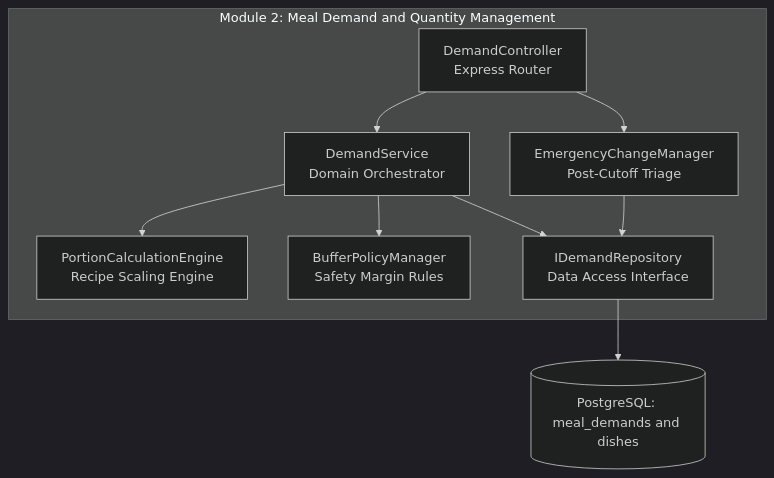
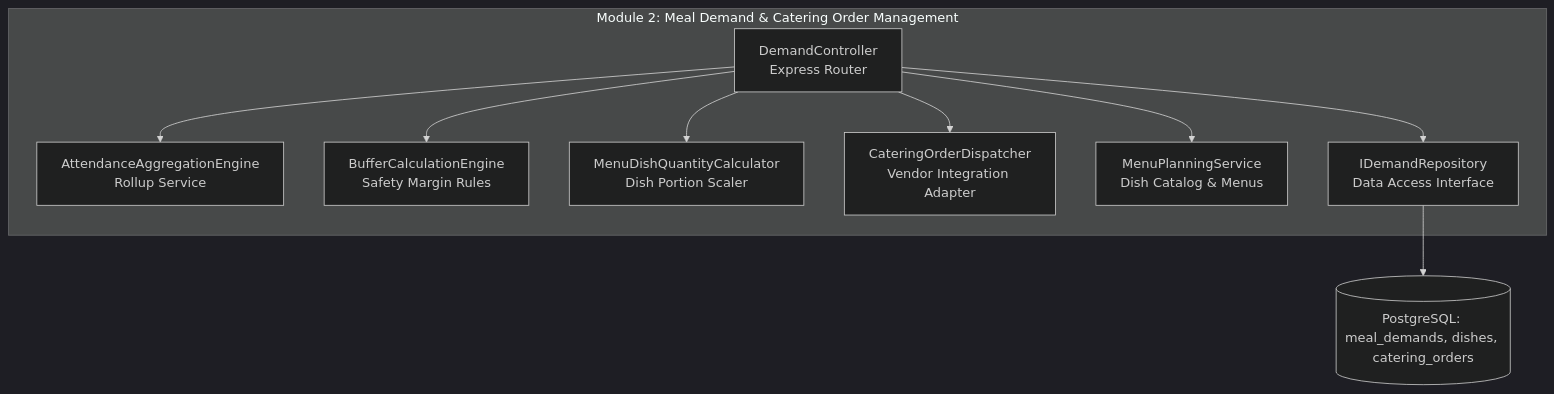
Before and after one commit to Bernie-TruongTQ/PRIMARY_SCHOOL_SEMI-BOARDING_MEAL_MANAGEMENT_SYSTEM: the third of 4 diagrams in arc42/05-building-block-view.md, drawn with Mermaid (dark theme). The commit also changed other lines of this file and 12 other files, not shown here.

Commit message:
docs: add arc42 architecture documentation files

````diff
--- a/arc42/05-building-block-view.md
+++ b/arc42/05-building-block-view.md
@@ -109,19 +113,20 @@
 ```mermaid
 graph TD
-    subgraph Module2 ["Module 2: Meal Demand and Quantity Management"]
+    subgraph Module2 ["Module 2: Meal Demand & Catering Order Management"]
         Ctrl2["DemandController<br/>Express Router"]
-        Svc2["DemandService<br/>Domain Orchestrator"]
-        Engine2["PortionCalculationEngine<br/>Recipe Scaling Engine"]
-        Buf2["BufferPolicyManager<br/>Safety Margin Rules"]
-        Emerg2["EmergencyChangeManager<br/>Post-Cutoff Triage"]
+        Agg2["AttendanceAggregationEngine<br/>Rollup Service"]
+        Buf2["BufferCalculationEngine<br/>Safety Margin Rules"]
+        DishCalc2["MenuDishQuantityCalculator<br/>Dish Portion Scaler"]
+        OrderDisp2["CateringOrderDispatcher<br/>Vendor Integration Adapter"]
+        MenuSvc2["MenuPlanningService<br/>Dish Catalog & Menus"]
         Repo2["IDemandRepository<br/>Data Access Interface"]
     end
 
-    Ctrl2 --> Svc2
-    Svc2 --> Engine2
-    Svc2 --> Buf2
-    Ctrl2 --> Emerg2
-    Svc2 --> Repo2
-    Emerg2 --> Repo2
-    Repo2 --> DB3[("PostgreSQL: meal_demands and dishes")]
+    Ctrl2 --> MenuSvc2
+    Ctrl2 --> Agg2
+    Ctrl2 --> Buf2
+    Ctrl2 --> DishCalc2
+    Ctrl2 --> OrderDisp2
+    Ctrl2 --> Repo2
+    Repo2 --> DB3[("PostgreSQL: meal_demands, dishes, catering_orders")]
 ```
````
